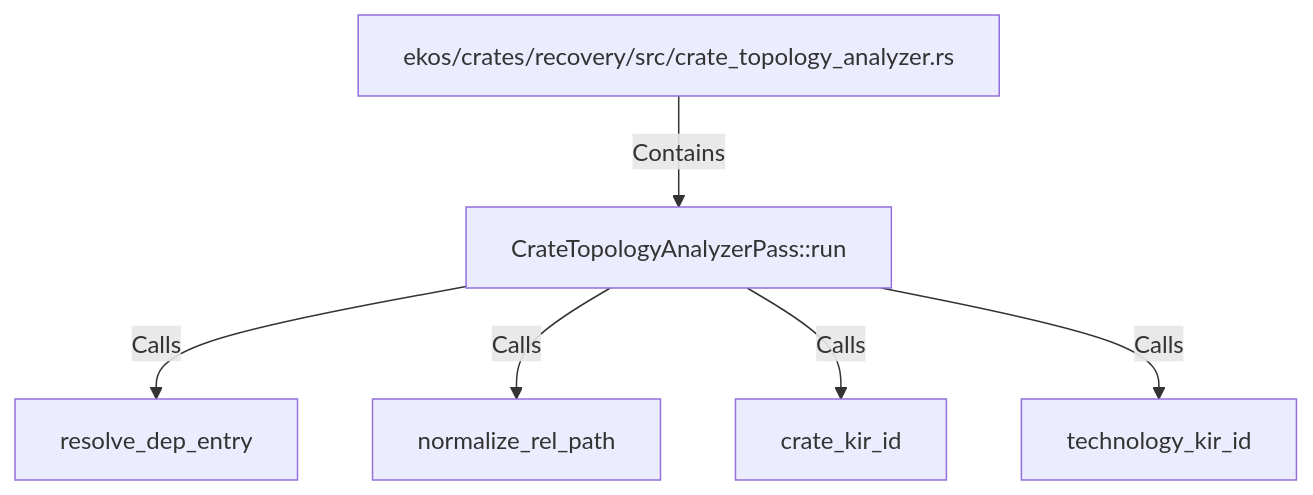
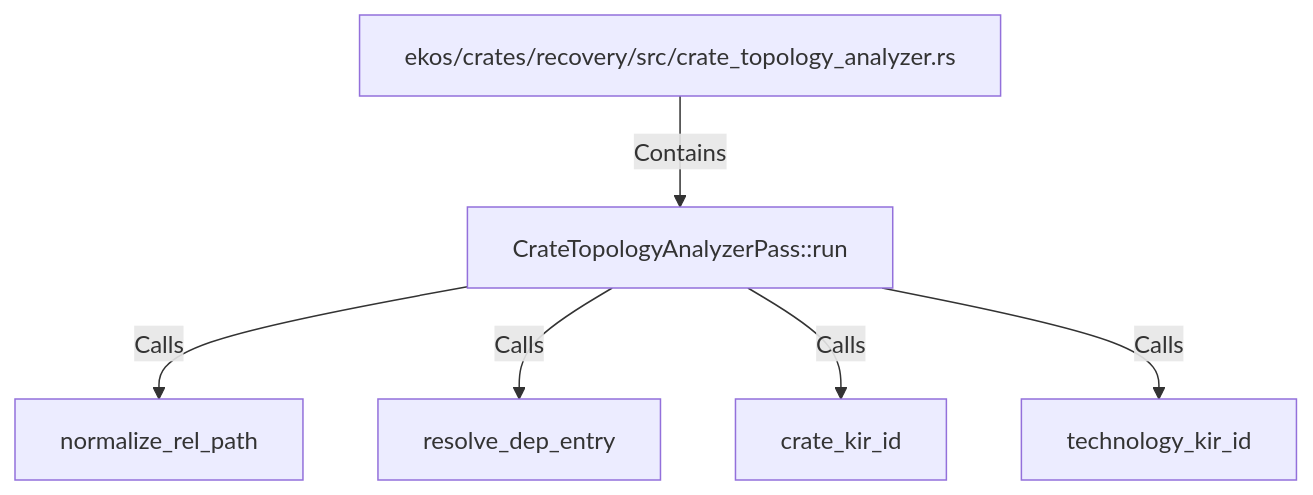
Before and after one commit to alexeyban/EKOS: the diagram in doc/entities/rustsymbol/cr/cratetopologyanalyzerpass-run.md, drawn with Mermaid. The commit also changed other lines of this file and 552 other files, not shown here.

````diff
--- a/doc/entities/rustsymbol/cr/cratetopologyanalyzerpass-run.md
+++ b/doc/entities/rustsymbol/cr/cratetopologyanalyzerpass-run.md
@@ -24,14 +24,14 @@
 ```mermaid
 graph TD
     ne74171d268385b428c9cd0ccae64f581["CrateTopologyAnalyzerPass::run"]
     n83764758111554dfbb754a49e7334245["ekos/crates/recovery/src/crate_topology_analyzer.rs"]
     n83764758111554dfbb754a49e7334245 -->|Contains| ne74171d268385b428c9cd0ccae64f581
+    n08bc079b7ef25b049e662a954215d662["normalize_rel_path"]
+    ne74171d268385b428c9cd0ccae64f581 -->|Calls| n08bc079b7ef25b049e662a954215d662
     n50c7b5b692565beeb6fa0f18e3741230["resolve_dep_entry"]
     ne74171d268385b428c9cd0ccae64f581 -->|Calls| n50c7b5b692565beeb6fa0f18e3741230
-    n08bc079b7ef25b049e662a954215d662["normalize_rel_path"]
-    ne74171d268385b428c9cd0ccae64f581 -->|Calls| n08bc079b7ef25b049e662a954215d662
     n5f964700d62f5814a893d9efb38f6406["crate_kir_id"]
     ne74171d268385b428c9cd0ccae64f581 -->|Calls| n5f964700d62f5814a893d9efb38f6406
     n84387622498c55ae81590d590e168971["technology_kir_id"]
     ne74171d268385b428c9cd0ccae64f581 -->|Calls| n84387622498c55ae81590d590e168971
 ```
````
